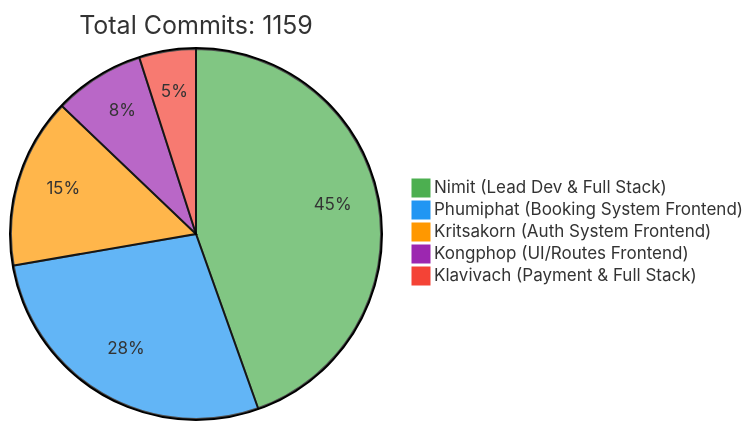
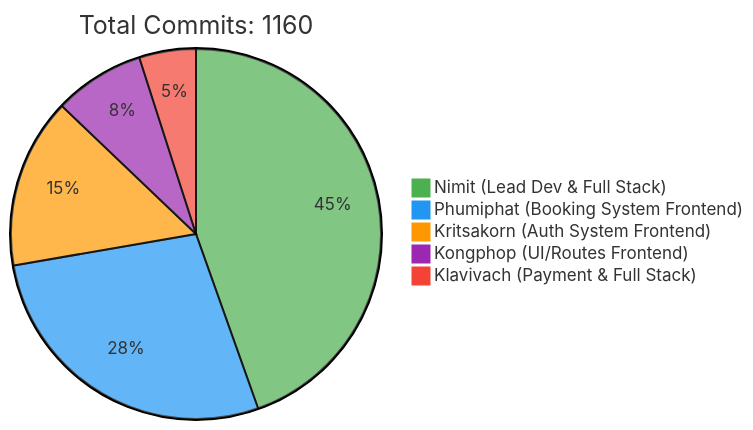
One commit to 6531503042/Sport-Complex changed the first of 2 diagrams in README.md. Above: the diagram before and after it, drawn with Mermaid. The commit also changed other lines of this file, not shown here.

Commit message:
docs: Update contributor statistics [skip ci]

````diff
--- a/README.md
+++ b/README.md
@@ -257,10 +257,10 @@
 ```mermaid
 %%{init: {'theme': 'base', 'themeVariables': { 'pie1': '#4CAF50', 'pie2': '#2196F3', 'pie3': '#FF9800', 'pie4': '#9C27B0', 'pie5': '#F44336'}}}%%
 pie
-    title Total Commits: 1159
+    title Total Commits: 1160
     "Nimit (Lead Dev & Full Stack)" : 450
     "Phumiphat (Booking System Frontend)" : 280
     "Kritsakorn (Auth System Frontend)" : 150
     "Kongphop (UI/Routes Frontend)" : 80
     "Klavivach (Payment & Full Stack)" : 50
 ```
````
